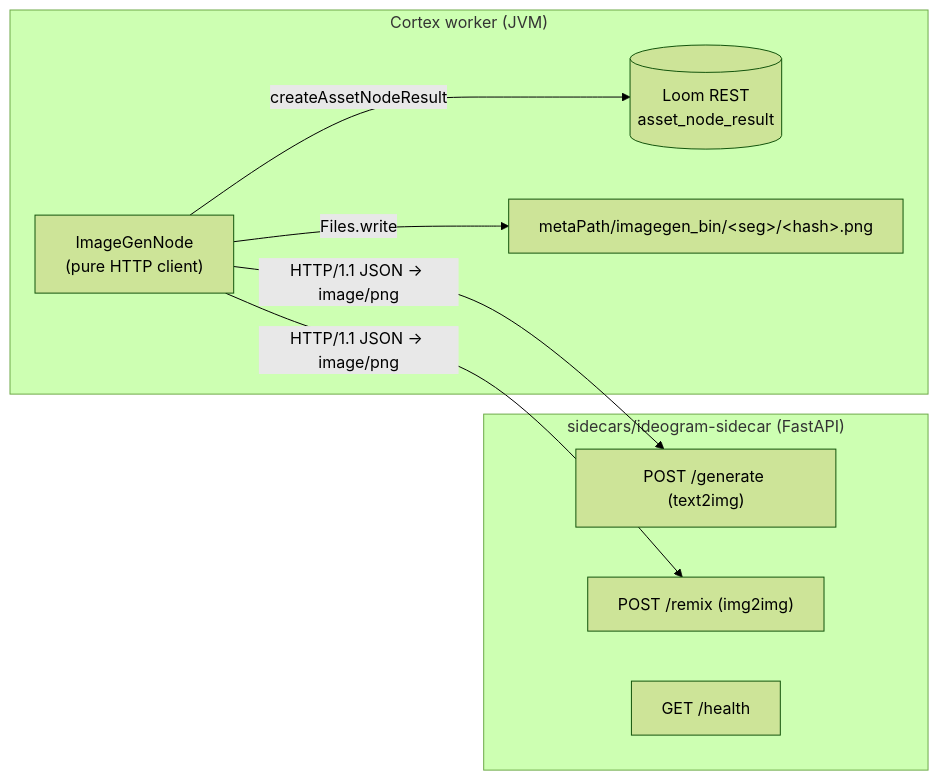
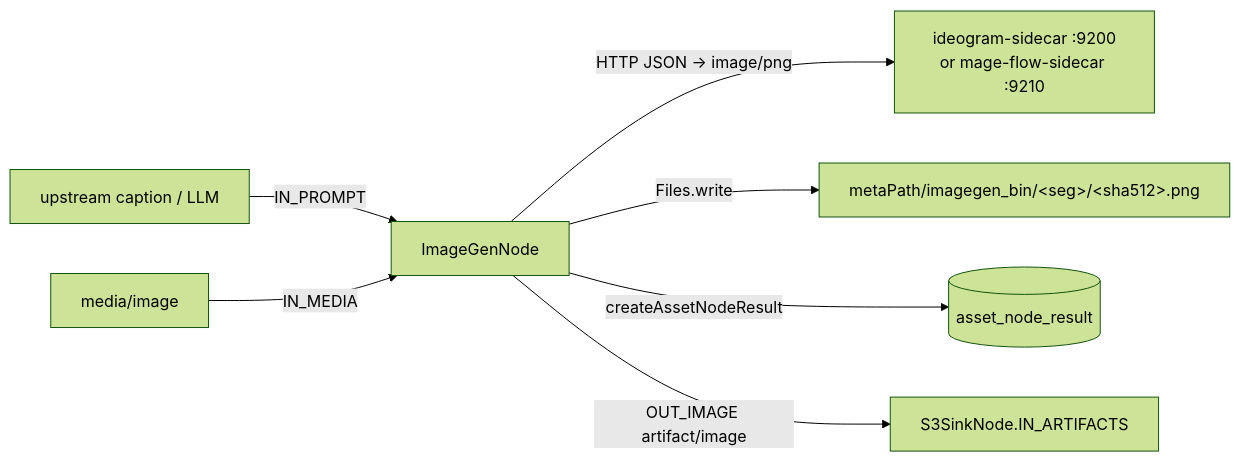
The diagram in spec/features/pipeline-nodes/NODE_IMAGEGEN_PLAN.md (metaloom/metaloom), drawn with Mermaid (forest theme) before and after one commit. The commit also changed other lines of this file and 53 other files, not shown here.

````diff
--- a/spec/features/pipeline-nodes/NODE_IMAGEGEN_PLAN.md
+++ b/spec/features/pipeline-nodes/NODE_IMAGEGEN_PLAN.md
@@ -59,14 +43,9 @@
 ```mermaid
 flowchart LR
-  subgraph JVM["Cortex worker (JVM)"]
-    N["ImageGenNode<br/>(pure HTTP client)"] -->|createAssetNodeResult| L[(Loom REST<br/>asset_node_result)]
-    N -->|Files.write| B["metaPath/imagegen_bin/&lt;seg&gt;/&lt;hash&gt;.png"]
-  end
-  subgraph SC["sidecars/ideogram-sidecar (FastAPI)"]
-    G["POST /generate (text2img)"]
-    R["POST /remix (img2img)"]
-    H["GET /health"]
-  end
-  N -->|"HTTP/1.1 JSON → image/png"| G
-  N -->|"HTTP/1.1 JSON → image/png"| R
+  U["upstream caption / LLM"] -->|IN_PROMPT| N
+  M["media/image"] -->|IN_MEDIA| N
+  N["ImageGenNode"] -->|"HTTP JSON → image/png"| S["ideogram-sidecar :9200<br/>or mage-flow-sidecar :9210"]
+  N -->|Files.write| B["metaPath/imagegen_bin/&lt;seg&gt;/&lt;sha512&gt;.png"]
+  N -->|createAssetNodeResult| L[("asset_node_result")]
+  N -->|OUT_IMAGE artifact/image| K["S3SinkNode.IN_ARTIFACTS"]
 ```
````
